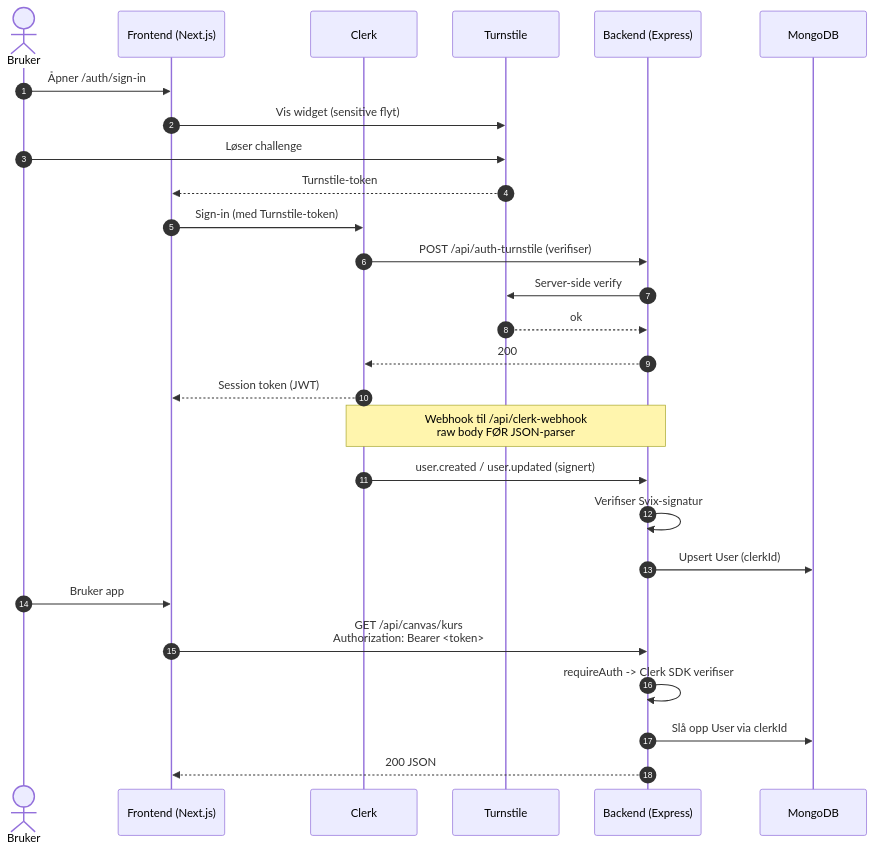
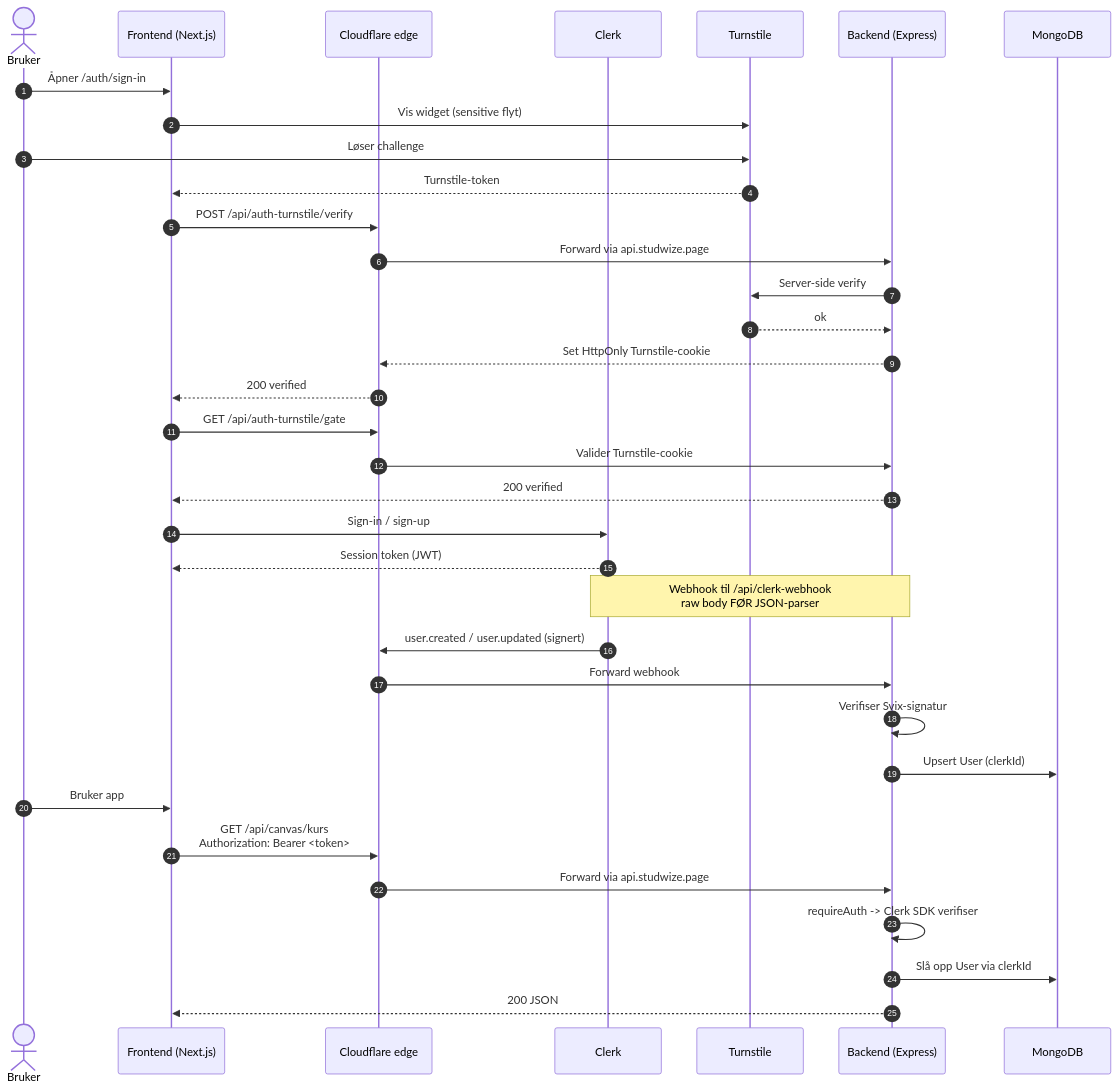
Before and after one commit to 26zl/StudyWise: the diagram in filer_prosjekt/diagrammer/03-autentiseringsflyt.md, drawn with Mermaid. The commit also changed other lines of this file and 34 other files, not shown here.

````diff
--- a/filer_prosjekt/diagrammer/03-autentiseringsflyt.md
+++ b/filer_prosjekt/diagrammer/03-autentiseringsflyt.md
@@ -5,32 +5,40 @@
 ```mermaid
 sequenceDiagram
     autonumber
     actor U as Bruker
     participant FE as Frontend (Next.js)
+    participant CF as Cloudflare edge
     participant CL as Clerk
     participant TS as Turnstile
     participant BE as Backend (Express)
     participant DB as MongoDB
 
     U->>FE: Åpner /auth/sign-in
     FE->>TS: Vis widget (sensitive flyt)
     U->>TS: Løser challenge
     TS-->>FE: Turnstile-token
-    FE->>CL: Sign-in (med Turnstile-token)
-    CL->>BE: POST /api/auth-turnstile (verifiser)
+    FE->>CF: POST /api/auth-turnstile/verify
+    CF->>BE: Forward via api.studwize.page
     BE->>TS: Server-side verify
     TS-->>BE: ok
-    BE-->>CL: 200
+    BE-->>CF: Set HttpOnly Turnstile-cookie
+    CF-->>FE: 200 verified
+    FE->>CF: GET /api/auth-turnstile/gate
+    CF->>BE: Valider Turnstile-cookie
+    BE-->>FE: 200 verified
+    FE->>CL: Sign-in / sign-up
     CL-->>FE: Session token (JWT)
 
     Note over CL,BE: Webhook til /api/clerk-webhook<br/>raw body FØR JSON-parser
-    CL->>BE: user.created / user.updated (signert)
+    CL->>CF: user.created / user.updated (signert)
+    CF->>BE: Forward webhook
     BE->>BE: Verifiser Svix-signatur
     BE->>DB: Upsert User (clerkId)
 
     U->>FE: Bruker app
-    FE->>BE: GET /api/canvas/kurs<br/>Authorization: Bearer <token>
+    FE->>CF: GET /api/canvas/kurs<br/>Authorization: Bearer <token>
+    CF->>BE: Forward via api.studwize.page
     BE->>BE: requireAuth -> Clerk SDK verifiser
     BE->>DB: Slå opp User via clerkId
     BE-->>FE: 200 JSON
 ```
````
